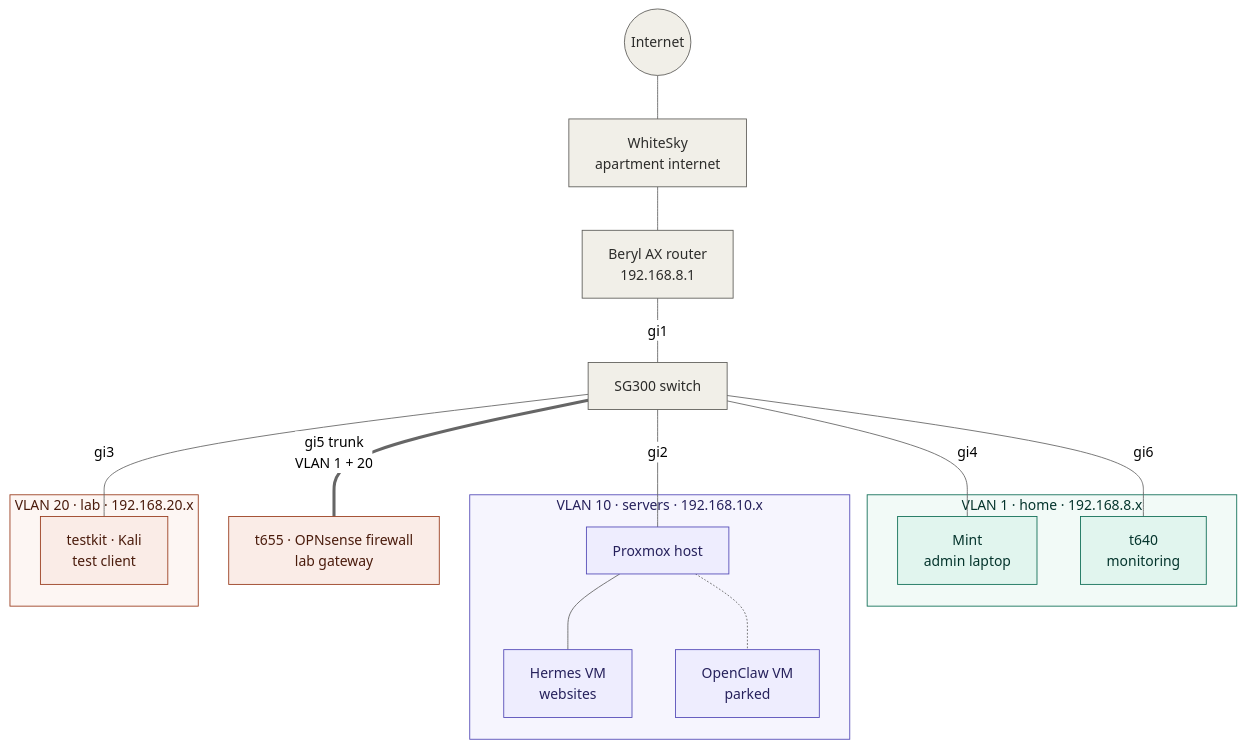
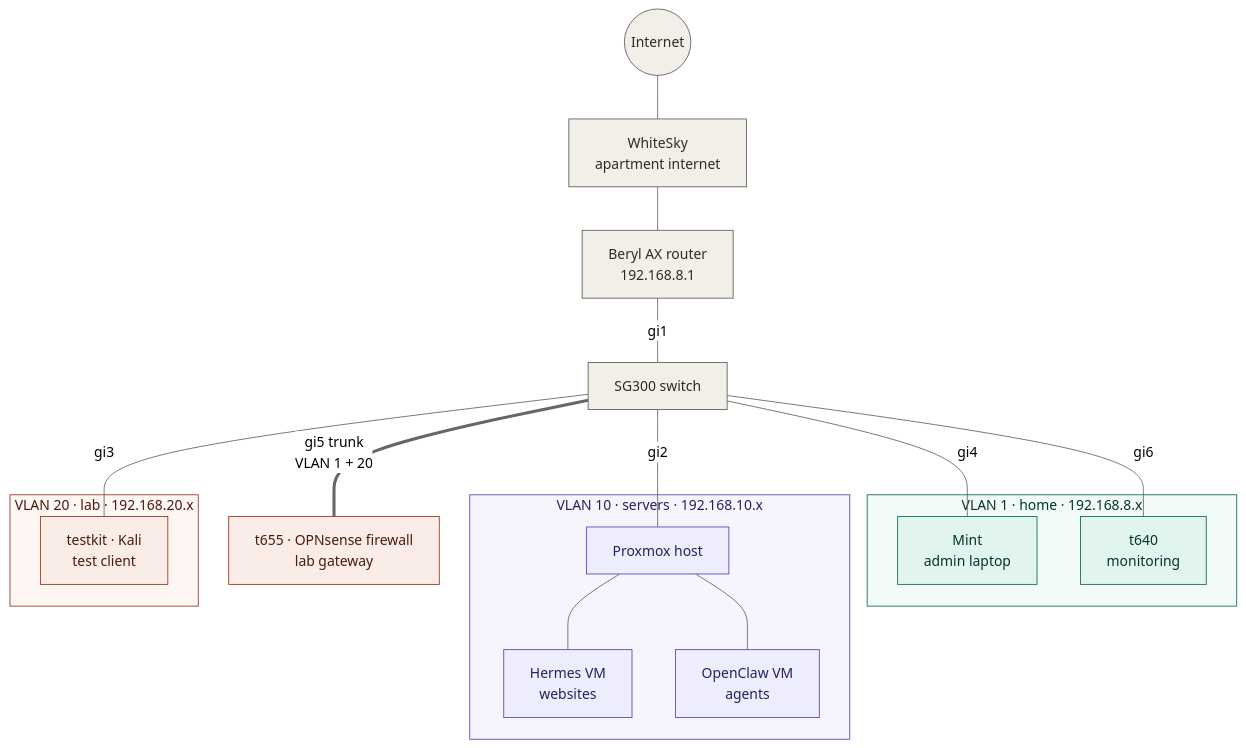
Before and after one commit to gibbsthedev/homelab: the first of 4 diagrams in README.md, drawn with Mermaid (neutral theme). The commit also changed other lines of this file, not shown here.

````diff
--- a/README.md
+++ b/README.md
@@ -28,46 +28,46 @@
 ```mermaid
 flowchart TB
     internet(("Internet"))
     isp["WhiteSky<br/>apartment internet"]
     beryl["Beryl AX router<br/>192.168.8.1"]
     sw["SG300 switch"]
     fw["t655 · OPNsense firewall<br/>lab gateway"]
 
     internet --- isp --- beryl
     beryl ---|"gi1"| sw
 
     subgraph v1["VLAN 1 · home · 192.168.8.x"]
         mint["Mint<br/>admin laptop"]
         mon["t640<br/>monitoring"]
     end
 
     subgraph v10["VLAN 10 · servers · 192.168.10.x"]
         pve["Proxmox host"]
         hermes["Hermes VM<br/>websites"]
-        oc["OpenClaw VM<br/>parked"]
+        oc["OpenClaw VM<br/>agents"]
         pve --- hermes
-        pve -.- oc
+        pve --- oc
     end
 
     subgraph v20["VLAN 20 · lab · 192.168.20.x"]
         tk["testkit · Kali<br/>test client"]
     end
 
     sw ---|"gi2"| pve
     sw ---|"gi4"| mint
     sw ---|"gi6"| mon
     sw ===|"gi5 trunk<br/>VLAN 1 + 20"| fw
     sw ---|"gi3"| tk
 
     classDef lab fill:#FAECE7,stroke:#993C1D,color:#4A1B0C
     classDef home fill:#E1F5EE,stroke:#0F6E56,color:#04342C
     classDef srv fill:#EEEDFE,stroke:#534AB7,color:#26215C
     classDef edge fill:#F1EFE8,stroke:#5F5E5A,color:#2C2C2A
     class tk,fw lab
     class mint,mon home
     class pve,hermes,oc srv
     class internet,isp,beryl,sw edge
     style v20 fill:#FDF6F3,stroke:#993C1D,color:#4A1B0C
     style v1 fill:#F2FAF7,stroke:#0F6E56,color:#04342C
     style v10 fill:#F6F5FE,stroke:#534AB7,color:#26215C
 ```
````
